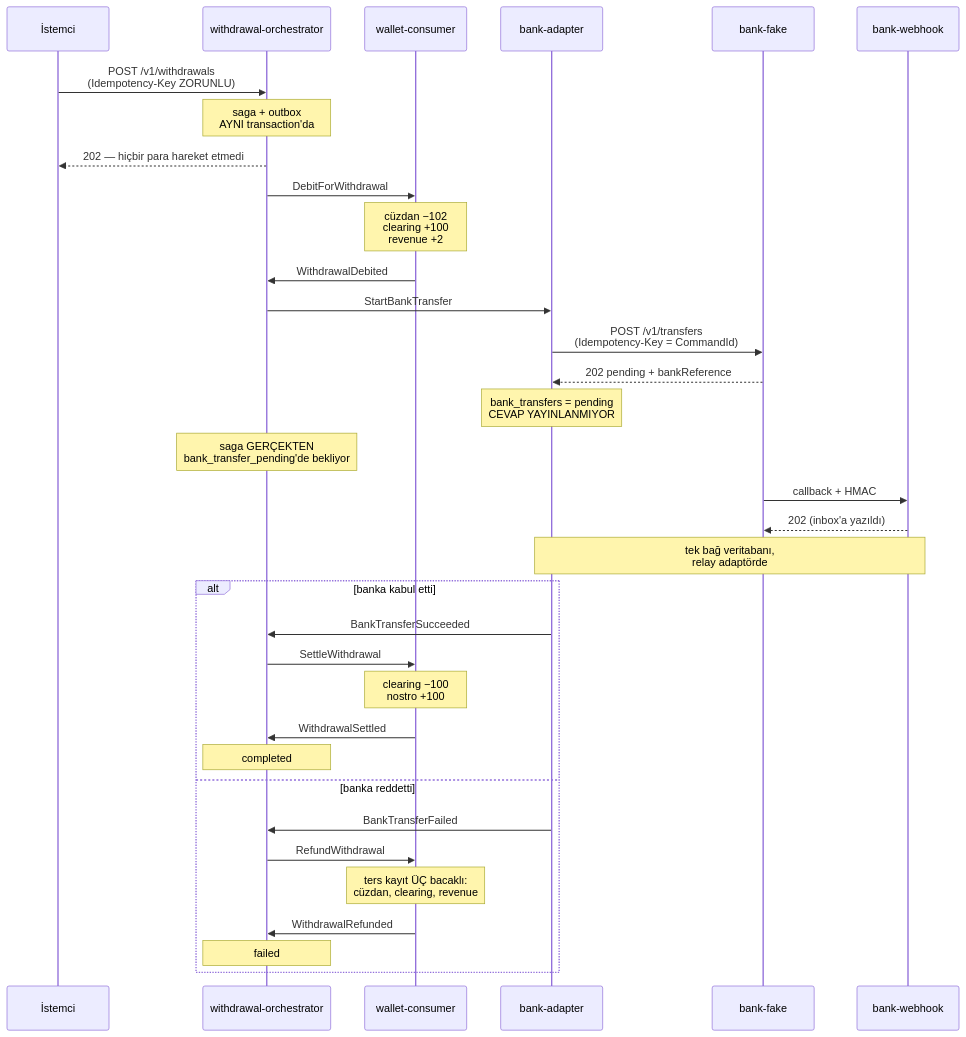
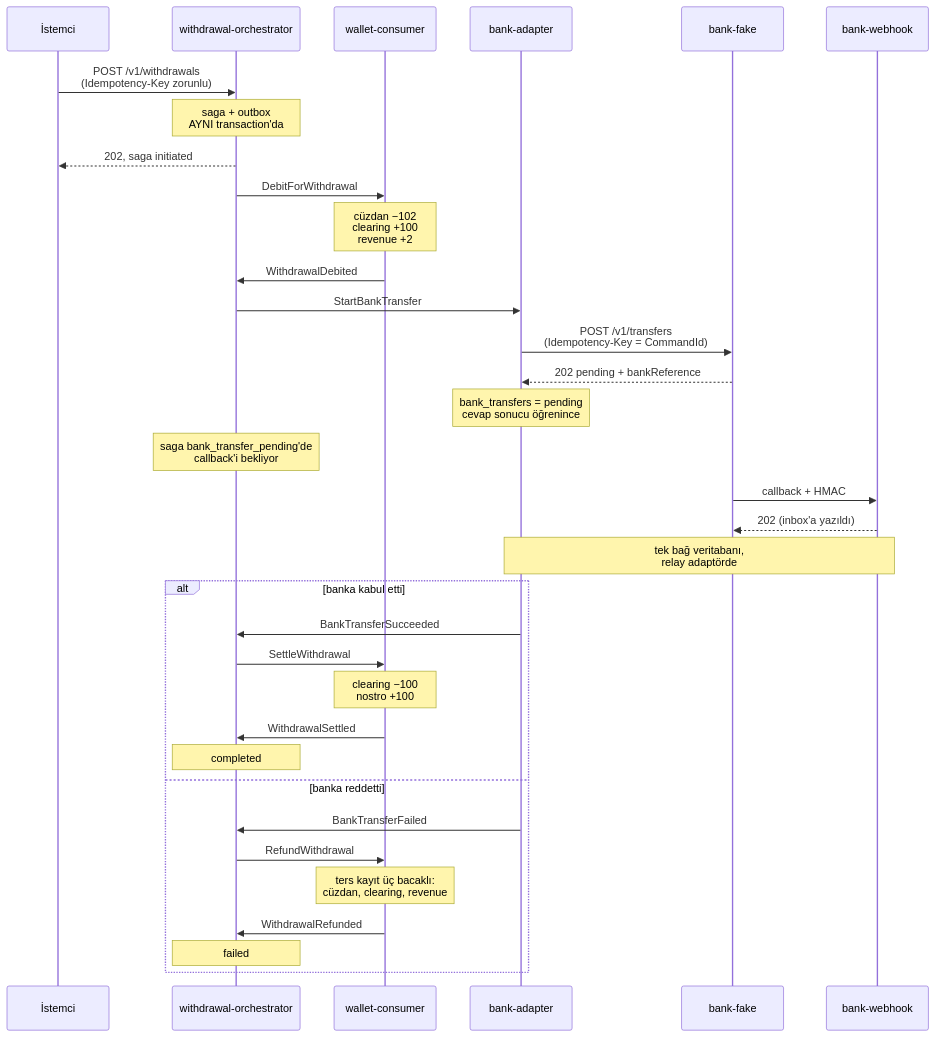
Before and after one commit to firate/HiWallet: the third of 4 diagrams in docs/architecture.md, drawn with Mermaid. The commit also changed other lines of this file, not shown here.

First line of the commit message:
docs(architecture): kalan karşıtlık ve vurgu kalıpları temizlendi

````diff
--- a/docs/architecture.md
+++ b/docs/architecture.md
@@ -189,41 +174,41 @@
 ```mermaid
 sequenceDiagram
     participant U as İstemci
     participant O as withdrawal-orchestrator
     participant W as wallet-consumer
     participant A as bank-adapter
     participant B as bank-fake
     participant H as bank-webhook
 
-    U->>O: POST /v1/withdrawals<br/>(Idempotency-Key ZORUNLU)
+    U->>O: POST /v1/withdrawals<br/>(Idempotency-Key zorunlu)
     Note over O: saga + outbox<br/>AYNI transaction'da
-    O-->>U: 202 — hiçbir para hareket etmedi
+    O-->>U: 202, saga initiated
 
     O->>W: DebitForWithdrawal
     Note over W: cüzdan −102<br/>clearing +100<br/>revenue +2
     W->>O: WithdrawalDebited
 
     O->>A: StartBankTransfer
     A->>B: POST /v1/transfers<br/>(Idempotency-Key = CommandId)
     B-->>A: 202 pending + bankReference
-    Note over A: bank_transfers = pending<br/>CEVAP YAYINLANMIYOR
-    Note over O: saga GERÇEKTEN<br/>bank_transfer_pending'de bekliyor
+    Note over A: bank_transfers = pending<br/>cevap sonucu öğrenince
+    Note over O: saga bank_transfer_pending'de<br/>callback'i bekliyor
 
     B->>H: callback + HMAC
     H-->>B: 202 (inbox'a yazıldı)
     Note over H,A: tek bağ veritabanı,<br/>relay adaptörde
 
     alt banka kabul etti
         A->>O: BankTransferSucceeded
         O->>W: SettleWithdrawal
         Note over W: clearing −100<br/>nostro +100
         W->>O: WithdrawalSettled
         Note over O: completed
     else banka reddetti
         A->>O: BankTransferFailed
         O->>W: RefundWithdrawal
-        Note over W: ters kayıt ÜÇ bacaklı:<br/>cüzdan, clearing, revenue
+        Note over W: ters kayıt üç bacaklı:<br/>cüzdan, clearing, revenue
         W->>O: WithdrawalRefunded
         Note over O: failed
     end
 ```
````
